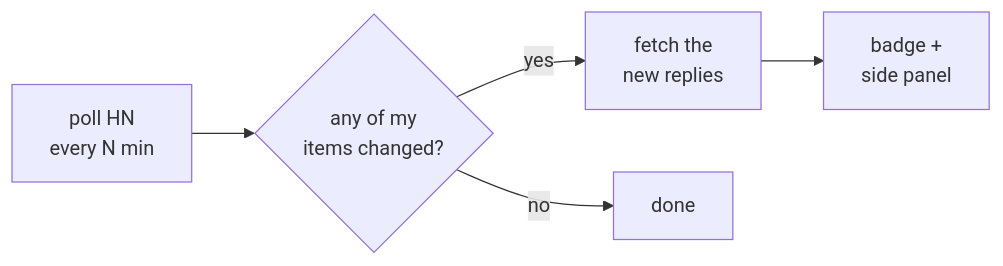
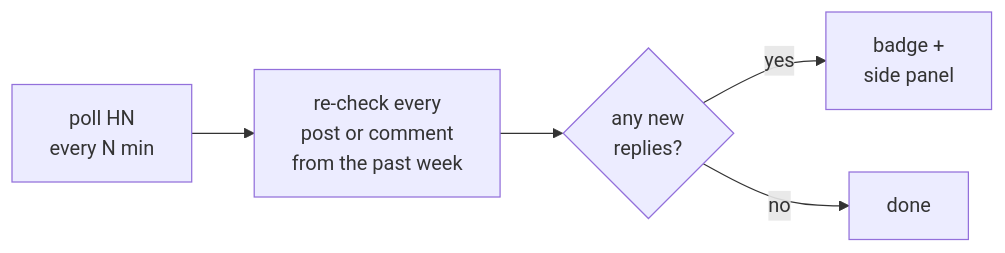
The first of 2 diagrams in README.md (adam-s/hnswered), drawn with Mermaid before and after one commit. The commit also changed other lines of this file and 13 other files, not shown here.

````diff
--- a/README.md
+++ b/README.md
@@ -9,7 +9,7 @@
 ```mermaid
 flowchart LR
-    poll["poll HN<br/>every N min"] --> changed{"any of my<br/>items changed?"}
-    changed -- yes --> fetch["fetch the<br/>new replies"]
-    fetch --> show["badge +<br/>side panel"]
-    changed -- no --> done["done"]
+    poll["poll HN<br/>every N min"] --> check["re-check every<br/>post or comment<br/>from the past week"]
+    check --> diff{"any new<br/>replies?"}
+    diff -- yes --> show["badge +<br/>side panel"]
+    diff -- no --> done["done"]
 ```
````
